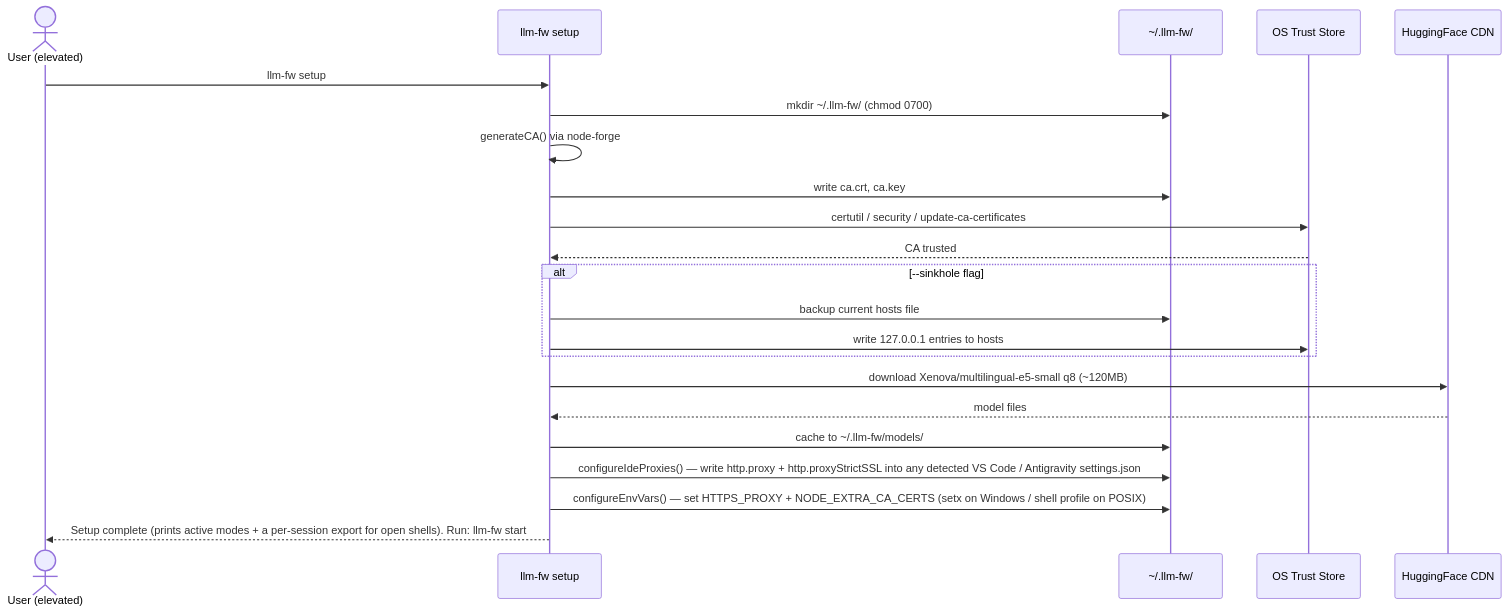
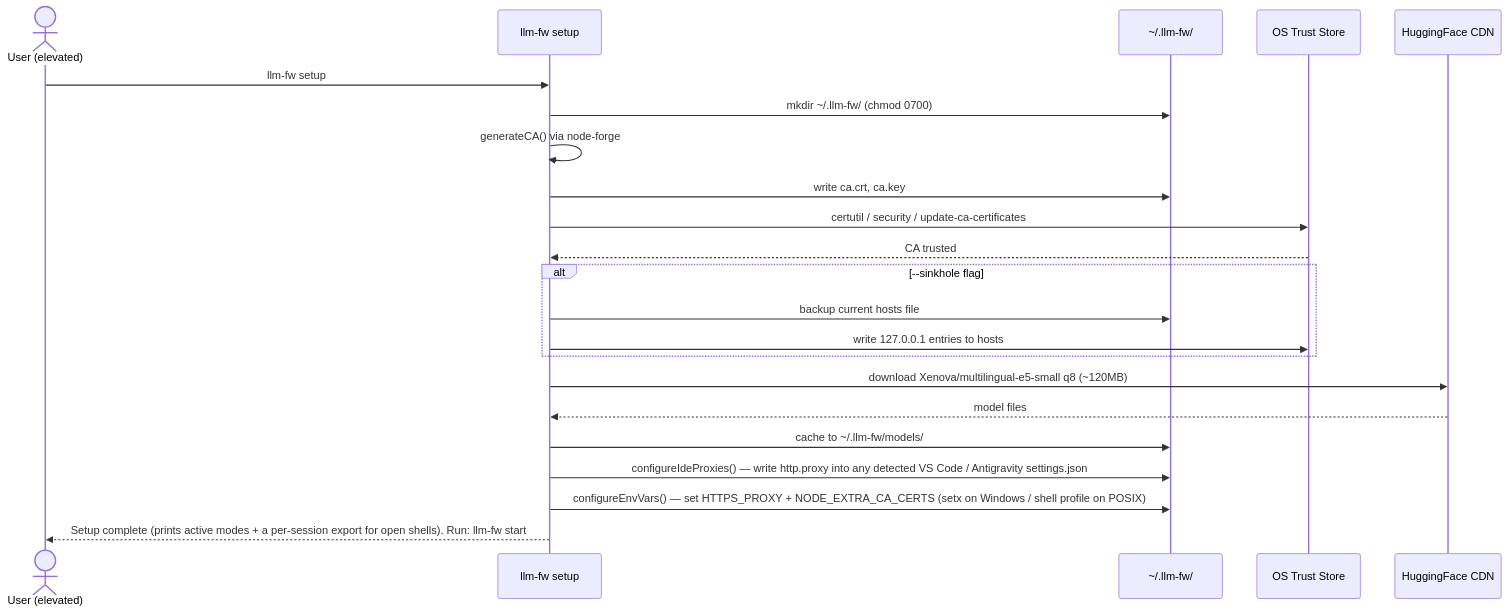
One commit to PIsberg/llm-fw changed the eighth of 11 diagrams in docs/ARCHITECTURE.md. Above: the diagram before and after it, drawn with Mermaid. The commit also changed other lines of this file and 19 other files, not shown here.

````diff
--- a/docs/ARCHITECTURE.md
+++ b/docs/ARCHITECTURE.md
@@ -325,28 +325,28 @@
 ```mermaid
 sequenceDiagram
     actor U as User (elevated)
     participant CLI as llm-fw setup
     participant FS as ~/.llm-fw/
     participant OS as OS Trust Store
     participant HF as HuggingFace CDN
 
     U->>CLI: llm-fw setup
     CLI->>FS: mkdir ~/.llm-fw/ (chmod 0700)
     CLI->>CLI: generateCA() via node-forge
     CLI->>FS: write ca.crt, ca.key
     CLI->>OS: certutil / security / update-ca-certificates
     OS-->>CLI: CA trusted
 
     alt --sinkhole flag
         CLI->>FS: backup current hosts file
         CLI->>OS: write 127.0.0.1 entries to hosts
     end
 
     CLI->>HF: download Xenova/multilingual-e5-small q8 (~120MB)
     HF-->>CLI: model files
     CLI->>FS: cache to ~/.llm-fw/models/
 
-    CLI->>FS: configureIdeProxies() — write http.proxy + http.proxyStrictSSL into any detected VS Code / Antigravity settings.json
+    CLI->>FS: configureIdeProxies() — write http.proxy into any detected VS Code / Antigravity settings.json
     CLI->>FS: configureEnvVars() — set HTTPS_PROXY + NODE_EXTRA_CA_CERTS (setx on Windows / shell profile on POSIX)
     CLI-->>U: Setup complete (prints active modes + a per-session export for open shells). Run: llm-fw start
 ```
````
